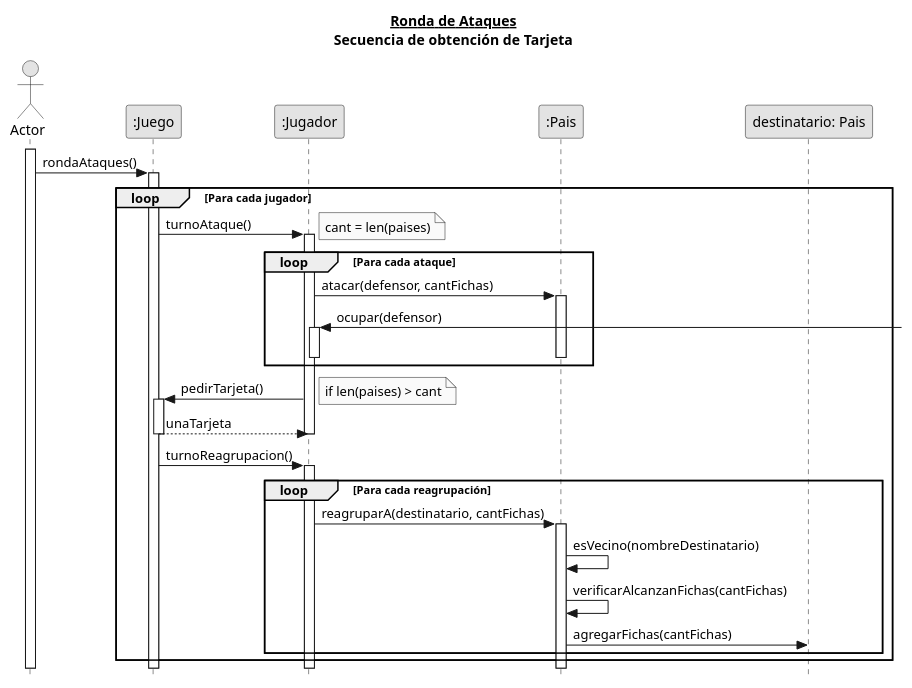
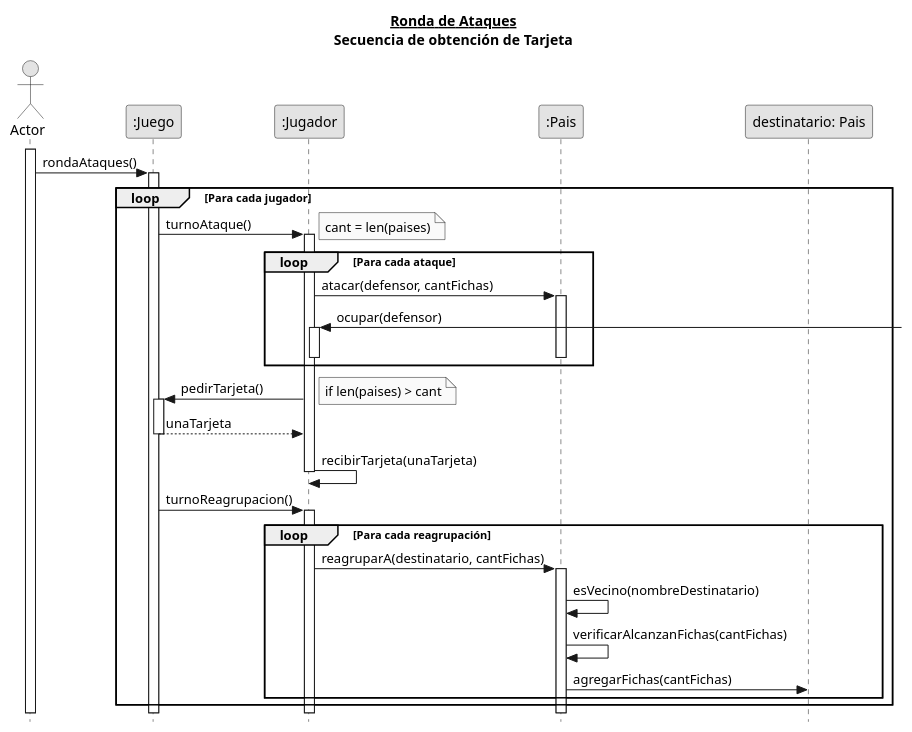
Before and after one commit to Gabrielsem/A.L.T.E.G.O.: the diagram in UML/tarjetas.plantuml, drawn with PlantUML.

Commit message:
Agrego Simbolo a diagrama de clases

```diff
--- a/UML/tarjetas.plantuml
+++ b/UML/tarjetas.plantuml
@@ -1,44 +1,46 @@
 @startuml
 title
 **__Ronda de Ataques__**
 Secuencia de obtención de Tarjeta
 end title
 skinparam responseMessageBelowArrow true
 skinparam monochrome true
 skinparam style strictuml
 hide footbox
 
 actor Actor
 participant jueg as ":Juego"
 participant jug as ":Jugador"
 participant pais as ":Pais"
 
 Actor ++
 Actor -> jueg ++: rondaAtaques()
 
 loop Para cada jugador
     jueg -> jug ++: turnoAtaque()
     note right: cant = len(paises)
     loop Para cada ataque
         jug -> pais ++: atacar(defensor, cantFichas)
         jug <-] ++: ocupar(defensor)
         pais --
         jug --
     end loop
 
     jug -> jueg ++: pedirTarjeta()
     note right: if len(paises) > cant
     jueg --> jug --: unaTarjeta
+    jug -> jug: recibirTarjeta(unaTarjeta)
     deactivate jug
+
 
     jueg -> jug ++: turnoReagrupacion()
     loop Para cada reagrupación
         jug -> pais ++: reagruparA(destinatario, cantFichas)
         pais -> pais: esVecino(nombreDestinatario)
         pais -> pais: verificarAlcanzanFichas(cantFichas)
         pais -> "destinatario: Pais": agregarFichas(cantFichas)
     end loop
 
 end loop
 
 @enduml
```
